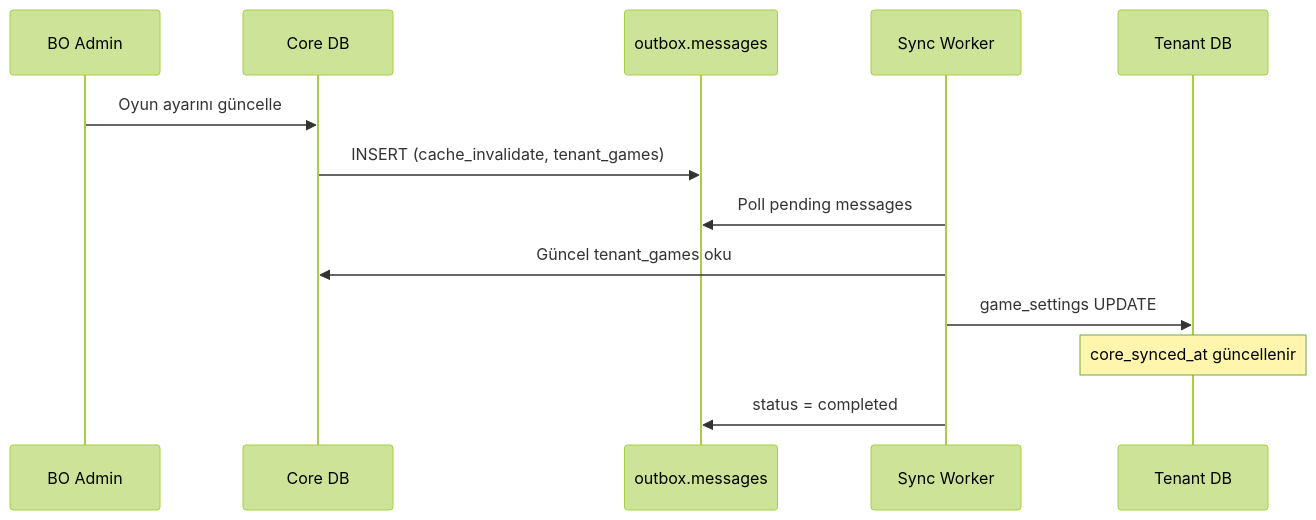
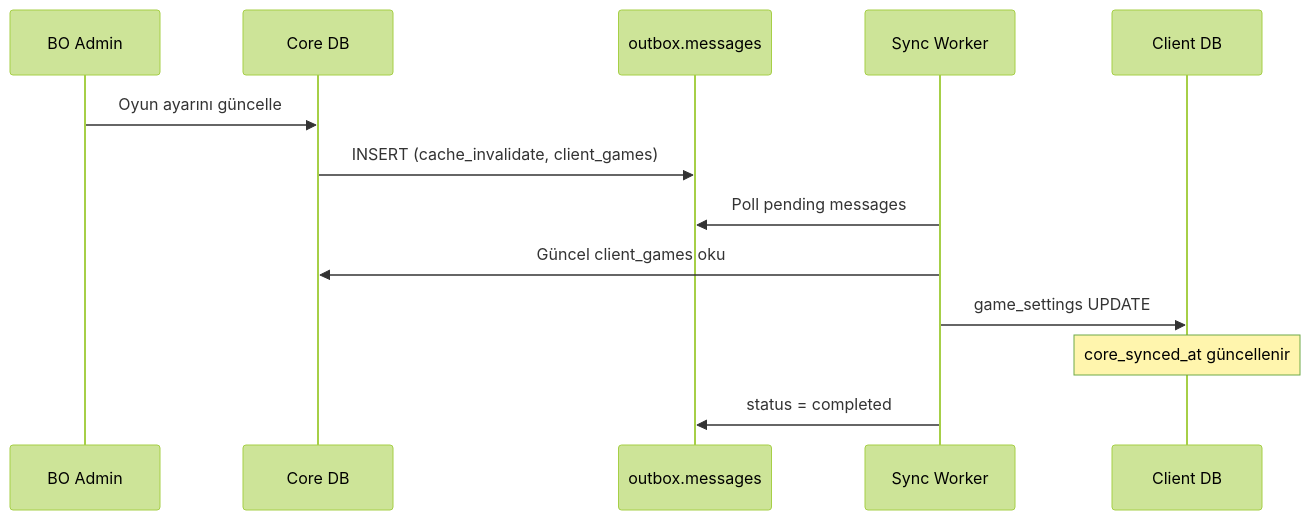
One commit to frhtshn/One.DB changed the fourth of 5 diagrams in .docs/guides/CROSS_DB_JOIN_GUIDE.md. Above: the diagram before and after it, drawn with Mermaid (forest theme). The commit also changed other lines of this file and 442 other files, not shown here.

First line of the commit message:
Nucleo → Sortis One ve tenant → client içerik güncellemeleri

````diff
--- a/.docs/guides/CROSS_DB_JOIN_GUIDE.md
+++ b/.docs/guides/CROSS_DB_JOIN_GUIDE.md
@@ -259,16 +259,16 @@
 ```mermaid
 sequenceDiagram
     participant BO as BO Admin
     participant Core as Core DB
     participant Outbox as outbox.messages
     participant Worker as Sync Worker
-    participant Tenant as Tenant DB
+    participant Client as Client DB
 
     BO->>Core: Oyun ayarını güncelle
-    Core->>Outbox: INSERT (cache_invalidate, tenant_games)
+    Core->>Outbox: INSERT (cache_invalidate, client_games)
     Worker->>Outbox: Poll pending messages
-    Worker->>Core: Güncel tenant_games oku
-    Worker->>Tenant: game_settings UPDATE
-    Note over Tenant: core_synced_at güncellenir
+    Worker->>Core: Güncel client_games oku
+    Worker->>Client: game_settings UPDATE
+    Note over Client: core_synced_at güncellenir
     Worker->>Outbox: status = completed
 ```
````
